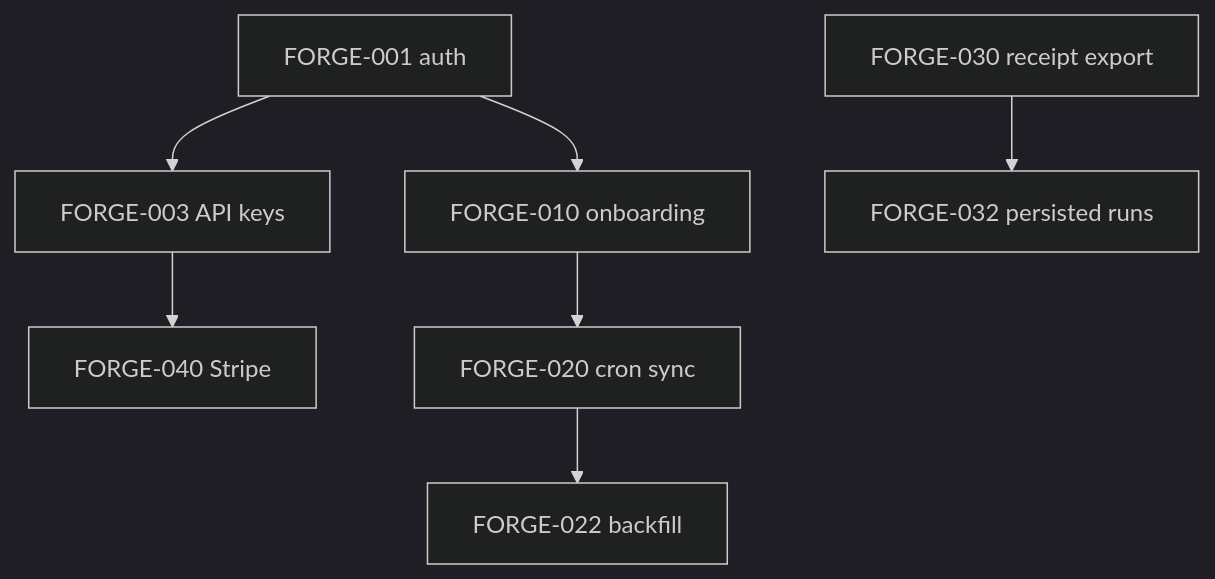
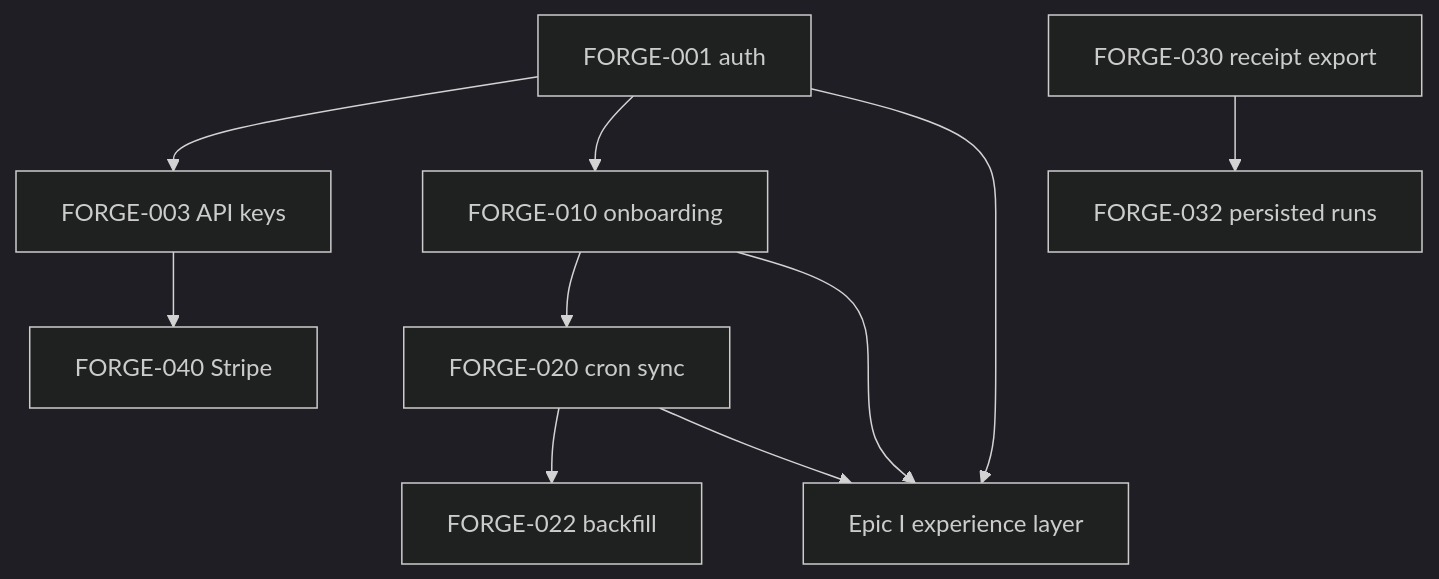
The diagram in forge/docs/CUSTOMER_READINESS_BACKLOG.md (Archdiner/rook), drawn with Mermaid (dark theme) before and after one commit. The commit also changed other lines of this file and 2 other files, not shown here.

````diff
--- a/forge/docs/CUSTOMER_READINESS_BACKLOG.md
+++ b/forge/docs/CUSTOMER_READINESS_BACKLOG.md
@@ -127,9 +148,12 @@
 ```mermaid
 flowchart TD
   A["FORGE-001 auth"] --> B["FORGE-003 API keys"]
   A --> C["FORGE-010 onboarding"]
+  A --> I["Epic I experience layer"]
   B --> D["FORGE-040 Stripe"]
   C --> E["FORGE-020 cron sync"]
   R["FORGE-030 receipt export"] --> F["FORGE-032 persisted runs"]
   E --> G["FORGE-022 backfill"]
+  C --> I
+  E --> I
 ```
````
